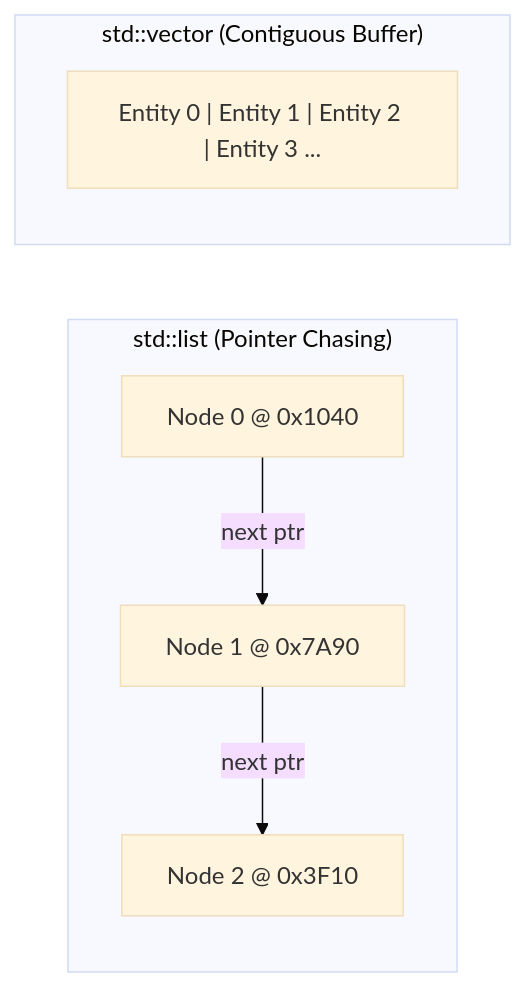
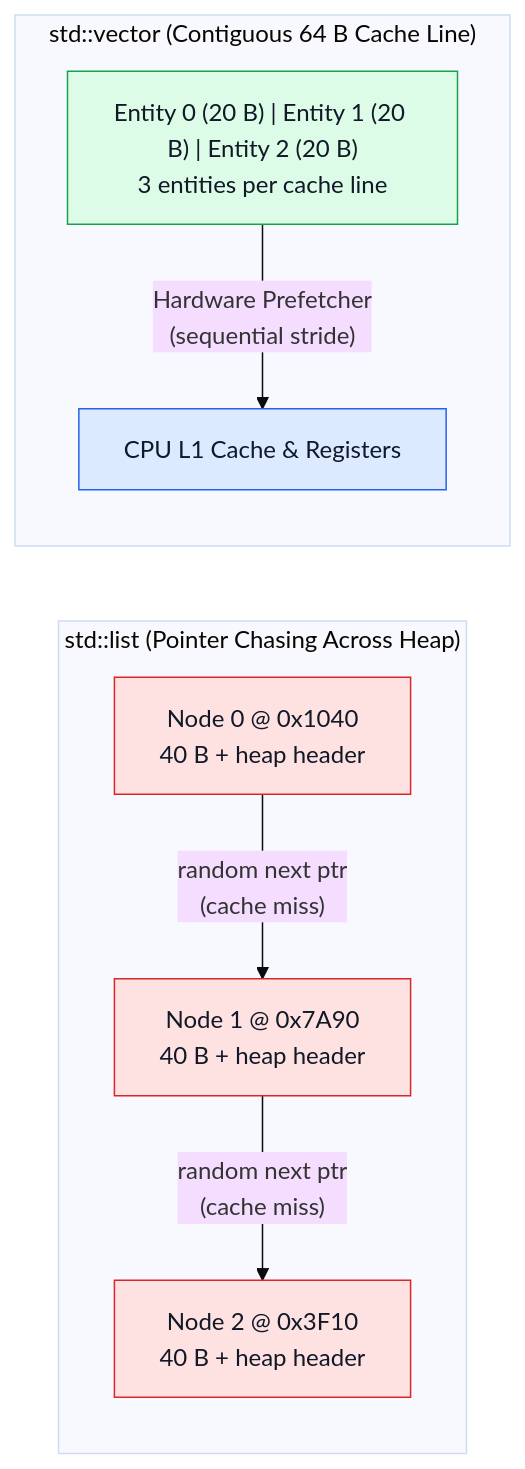
One commit to LevyArsOS/cpp-lessons changed the diagram in lessons/VectorVsList/Tutorial/en.md. Above: the diagram before and after it, drawn with Mermaid (base theme). The commit also changed other lines of this file and 9 other files, not shown here.

First line of the commit message:
docs(tutorials): upgrade Mermaid diagrams and clarify systems jargon

````diff
--- a/lessons/VectorVsList/Tutorial/en.md
+++ b/lessons/VectorVsList/Tutorial/en.md
@@ -38,9 +38,13 @@
 ```mermaid
 flowchart LR
-    subgraph List["std::list (Pointer Chasing)"]
-        N0["Node 0 @ 0x1040"] -->|next ptr| N1["Node 1 @ 0x7A90"] -->|next ptr| N2["Node 2 @ 0x3F10"]
+    classDef slow fill:#fee2e2,stroke:#dc2626,color:#111827
+    classDef fast fill:#dcfce7,stroke:#16a34a,color:#111827
+    classDef cpu fill:#dbeafe,stroke:#2563eb,color:#111827
+
+    subgraph List["std::list (Pointer Chasing Across Heap)"]
+        N0["Node 0 @ 0x1040<br/>40 B + heap header"]:::slow -->|"random next ptr<br/>(cache miss)"| N1["Node 1 @ 0x7A90<br/>40 B + heap header"]:::slow -->|"random next ptr<br/>(cache miss)"| N2["Node 2 @ 0x3F10<br/>40 B + heap header"]:::slow
     end
-    subgraph Vec["std::vector (Contiguous Buffer)"]
-        V0["Entity 0 | Entity 1 | Entity 2 | Entity 3 ..."]
+    subgraph Vec["std::vector (Contiguous 64 B Cache Line)"]
+        V0["Entity 0 (20 B) | Entity 1 (20 B) | Entity 2 (20 B)<br/>3 entities per cache line"]:::fast -->|"Hardware Prefetcher<br/>(sequential stride)"| CPU["CPU L1 Cache &amp; Registers"]:::cpu
     end
 ```
````
